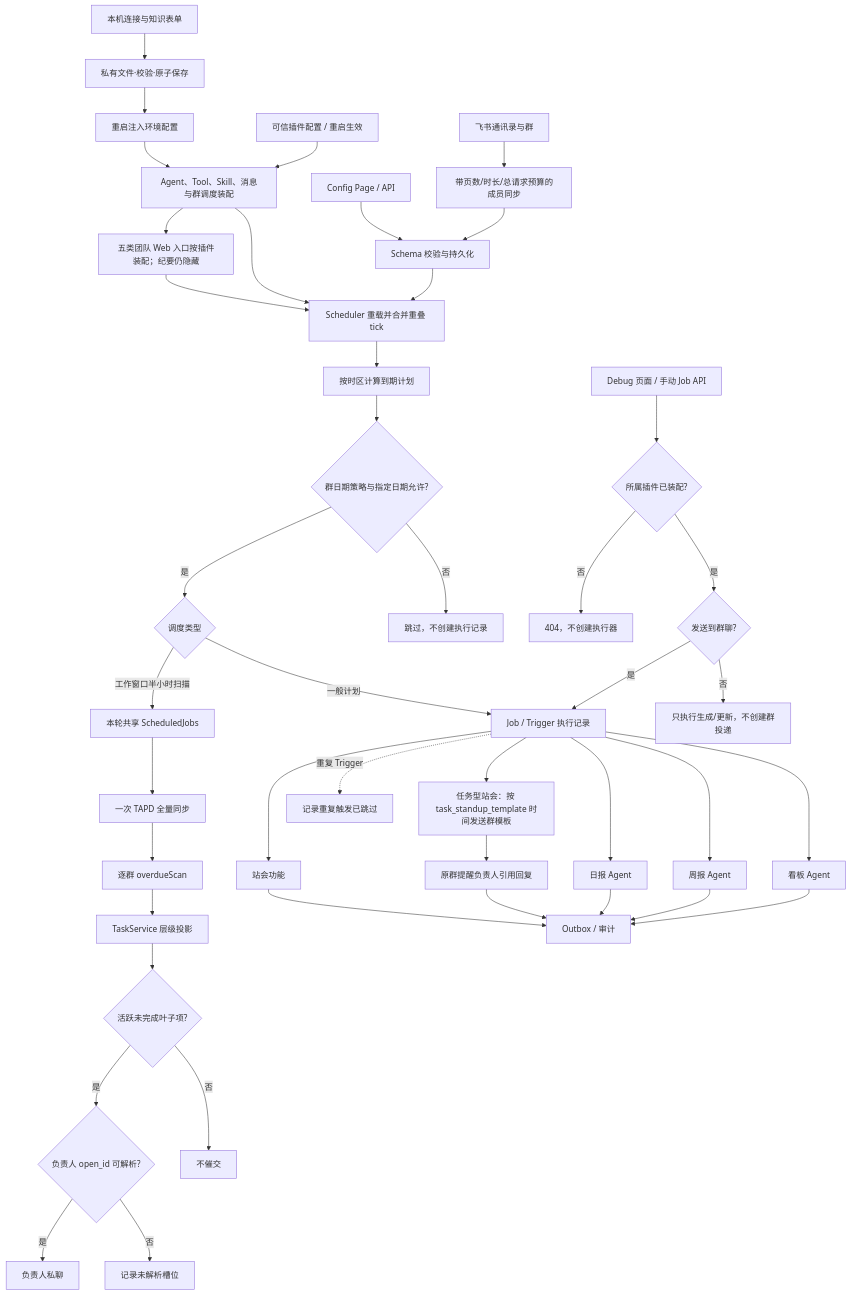
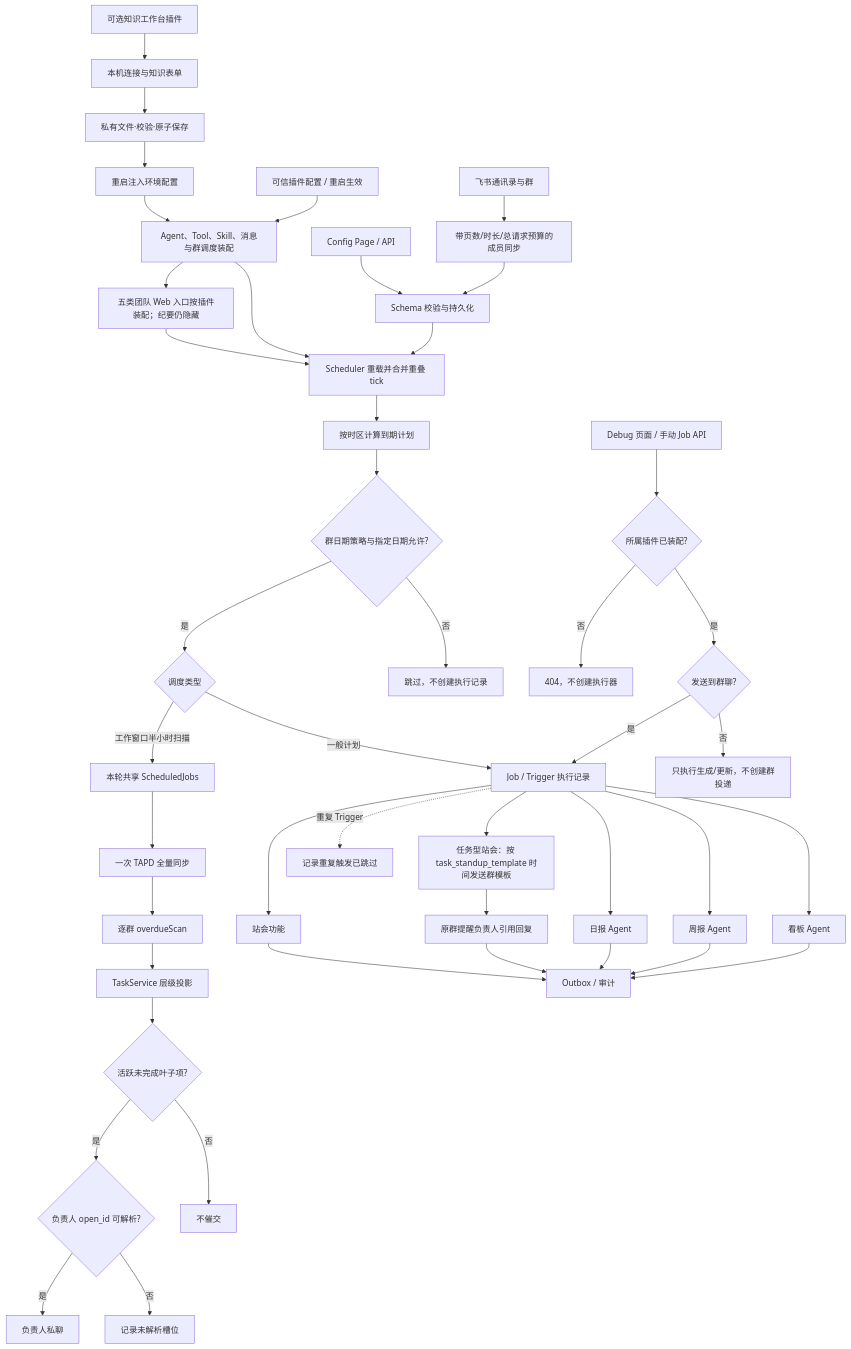
Before and after one commit to KlayPeter/AI-Delivery-Ops-Agent: the diagram in backend/src/core/configuration-scheduling/FEATURE.md, drawn with Mermaid. The commit also changed other lines of this file and 25 other files, not shown here.

````diff
--- a/backend/src/core/configuration-scheduling/FEATURE.md
+++ b/backend/src/core/configuration-scheduling/FEATURE.md
@@ -21,45 +21,46 @@
 ```mermaid
 flowchart TD
-    LC[本机连接与知识表单] --> LF[私有文件·校验·原子保存]
+    KWP[可选知识工作台插件] --> LC[本机连接与知识表单]
+    LC --> LF[私有文件·校验·原子保存]
     LF --> BOOT[重启注入环境配置]
     BOOT --> PH
     PC["可信插件配置 / 重启生效"] --> PH["Agent、Tool、Skill、消息与群调度装配"]
     PH --> VIS[五类团队 Web 入口按插件装配；纪要仍隐藏]
     VIS --> E
     PH --> E
     A["Config Page / API"] --> B["Schema 校验与持久化"]
     C["飞书通讯录与群"] --> D["带页数/时长/总请求预算的成员同步"]
     D --> B
     B --> E["Scheduler 重载并合并重叠 tick"]
     E --> F["按时区计算到期计划"]
     F --> HC{"群日期策略与指定日期允许?"}
     HC -- "是" --> L{"调度类型"}
     HC -- "否" --> HS["跳过，不创建执行记录"]
     L -- "一般计划" --> G["Job / Trigger 执行记录"]
     L -- "工作窗口半小时扫描" --> S["本轮共享 ScheduledJobs"]
     S --> T["一次 TAPD 全量同步"]
     T --> M["逐群 overdueScan"]
     M --> P["TaskService 层级投影"]
     P --> Q{"活跃未完成叶子项?"}
     Q -- "是" --> V{"负责人 open_id 可解析?"}
     Q -- "否" --> R["不催交"]
     V -- "是" --> N["负责人私聊"]
     V -- "否" --> U["记录未解析槽位"]
     G --> H["站会功能"]
     G --> I["日报 Agent"]
     G --> W["周报 Agent"]
     G --> J["看板 Agent"]
     D2["Debug 页面 / 手动 Job API"] --> OWNER{所属插件已装配?}
     OWNER -- 否 --> REJECT[404，不创建执行器]
     OWNER -- 是 --> G2{"发送到群聊?"}
     G2 -- "是" --> G
     G2 -- "否" --> U2["只执行生成/更新，不创建群投递"]
     H --> K["Outbox / 审计"]
     G --> TS["任务型站会：按 task_standup_template 时间发送群模板"]
     TS --> TR["原群提醒负责人引用回复"]
     TR --> K
     I --> K
     W --> K
     J --> K
     G -. "重复 Trigger" .-> X["记录重复触发已跳过"]
 ```
````
